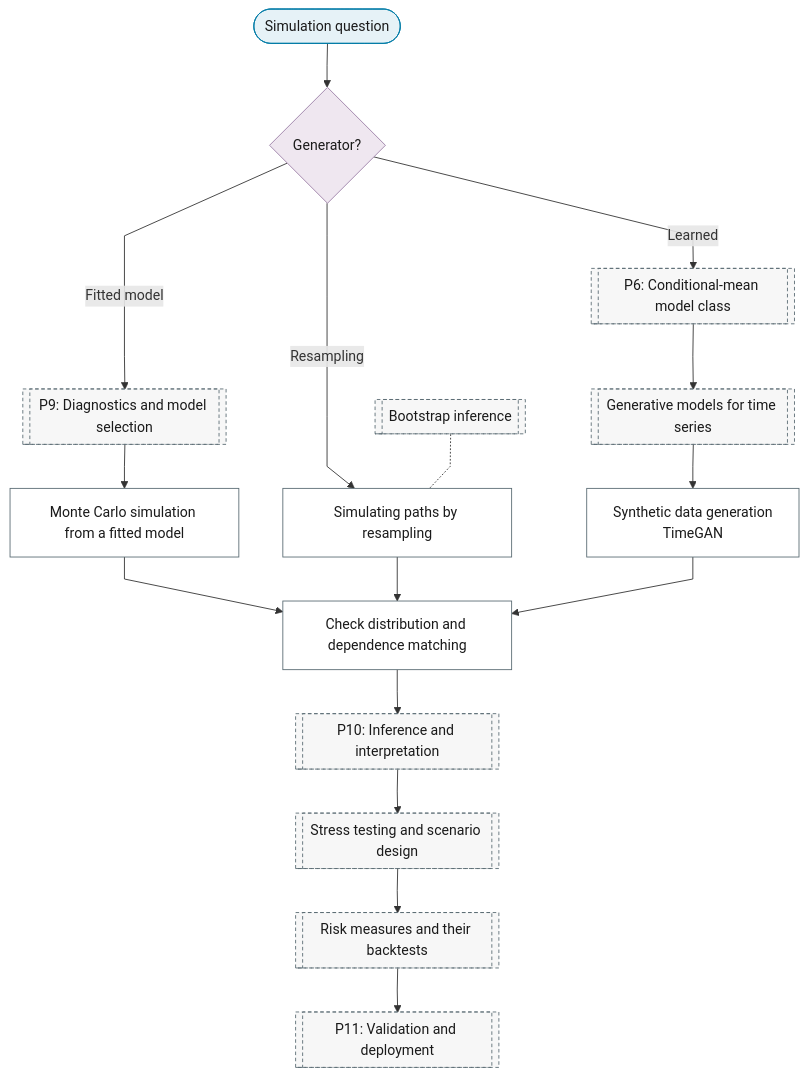
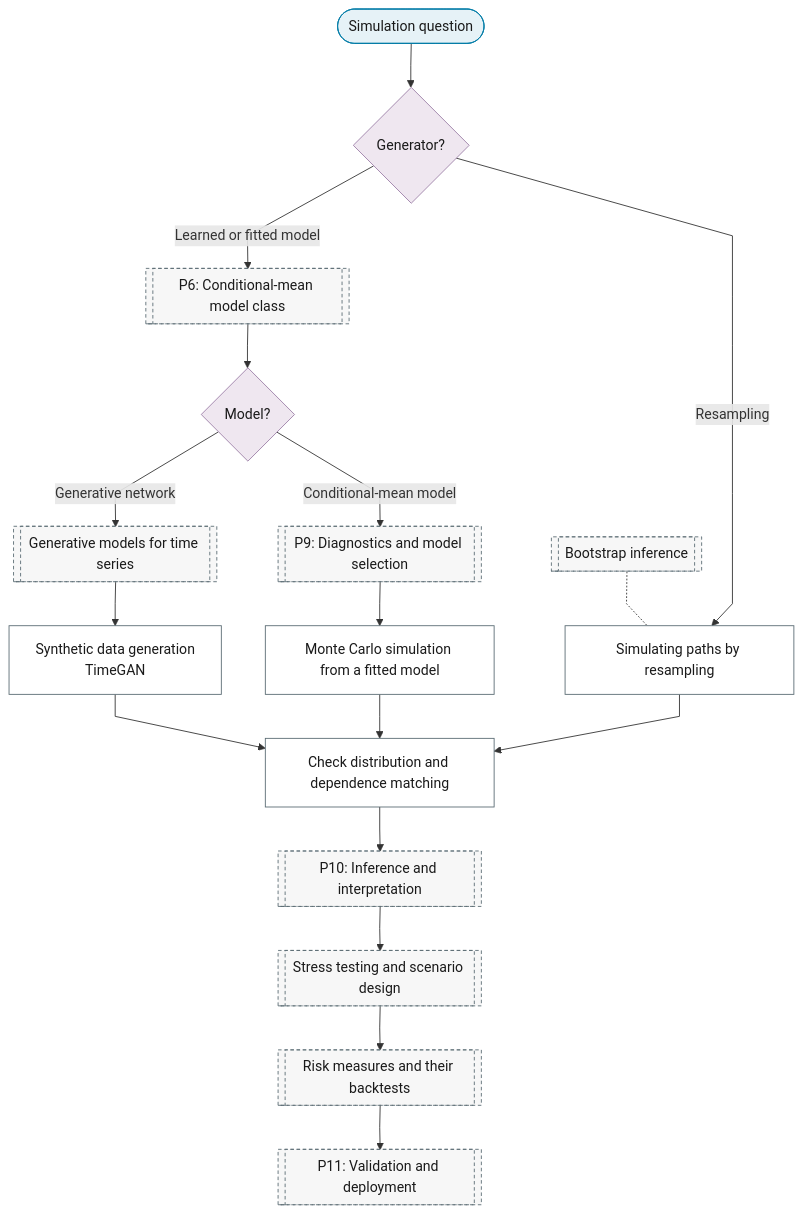
One commit to Shuxin-Y/time-series-analysis-manual changed the diagram in docs/01-workflow/p02-purpose/10-simulation.md. Above: the diagram before and after it, drawn with Mermaid. The commit also changed 3 other files, not shown here.

First line of the commit message:
fix(flowchart): model-fitting paths draw P6 first; no-model paths skip P8 (rev1 R4-2)

````diff
--- a/docs/01-workflow/p02-purpose/10-simulation.md
+++ b/docs/01-workflow/p02-purpose/10-simulation.md
@@ -7,29 +7,30 @@
 ```mermaid
 %%{init: {"flowchart": {"curve": "linear"}}}%%
 graph TD
     P2_SM_IN(["Simulation question"]) --> P2_SM_SOURCE{"Generator?"}
-    P2_SM_SOURCE -->|"Learned"| P6[["P6: Conditional-mean model class"]]
-    P2_SM_SOURCE -->|"Fitted model"| P9[["P9: Diagnostics and model selection"]]
+    P2_SM_SOURCE -->|"Learned or fitted model"| P6[["P6: Conditional-mean model class"]]
     P2_SM_SOURCE -->|"Resampling"| P2_SM_BOOTSTRAP_PATHS["Simulating paths by resampling"]
-    P6 --> P6_GENERATIVE[["Generative models for time series"]]
+    P6 --> P2_SM_FIT{"Model?"}
+    P2_SM_FIT -->|"Generative network"| P6_GENERATIVE[["Generative models for time series"]]
+    P2_SM_FIT -->|"Conditional-mean model"| P9[["P9: Diagnostics and model selection"]]
     P6_GENERATIVE --> P2_SM_SYNTHETIC["Synthetic data generation<br/>TimeGAN"]
     P9 --> P2_SM_MONTE_CARLO["Monte Carlo simulation from a fitted model"]
     P9_BOOTSTRAP[["Bootstrap inference"]] -.- P2_SM_BOOTSTRAP_PATHS
     P2_SM_MONTE_CARLO & P2_SM_BOOTSTRAP_PATHS & P2_SM_SYNTHETIC --> P2_SM_DISTRIBUTION_MATCH["Check distribution and dependence matching"]
     P2_SM_DISTRIBUTION_MATCH --> P10[["P10: Inference and interpretation"]]
     P10 --> P10_SCENARIOS[["Stress testing and scenario design"]]
     P10_SCENARIOS --> P10_RISK_MEASURES[["Risk measures and their backtests"]]
     P10_RISK_MEASURES --> P11[["P11: Validation and deployment"]]
     class P2_SM_IN terminator
-    class P2_SM_SOURCE decision
+    class P2_SM_SOURCE,P2_SM_FIT decision
     class P2_SM_BOOTSTRAP_PATHS,P2_SM_SYNTHETIC,P2_SM_MONTE_CARLO,P2_SM_DISTRIBUTION_MATCH process
-    class P6,P9,P6_GENERATIVE,P9_BOOTSTRAP,P10,P10_SCENARIOS,P10_RISK_MEASURES,P11 ref
+    class P6,P6_GENERATIVE,P9,P9_BOOTSTRAP,P10,P10_SCENARIOS,P10_RISK_MEASURES,P11 ref
     classDef terminator fill:#E6F2F7,stroke:#007BA7,color:#1A1A1A;
     classDef process fill:#FFFFFF,stroke:#5A6B73,color:#1A1A1A;
     classDef decision fill:#EFE7F0,stroke:#9B7FA7,color:#1A1A1A;
     classDef data fill:#FFF4E0,stroke:#C9A55E,color:#1A1A1A;
     classDef good fill:#DCEFD8,stroke:#4A7A3F,color:#1A1A1A;
     classDef escalate fill:#FFE9C2,stroke:#C9A55E,color:#1A1A1A;
     classDef problem fill:#F2D9DE,stroke:#800020,color:#1A1A1A;
     classDef ref fill:#F7F7F7,stroke:#5A6B73,color:#1A1A1A,stroke-dasharray:4 3;
 ```
````
